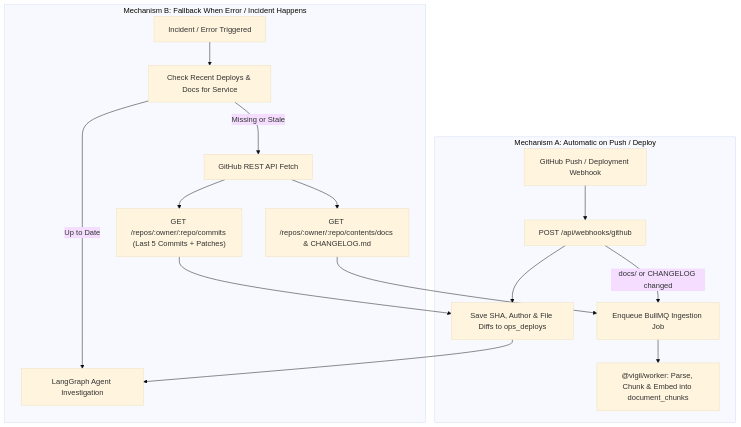
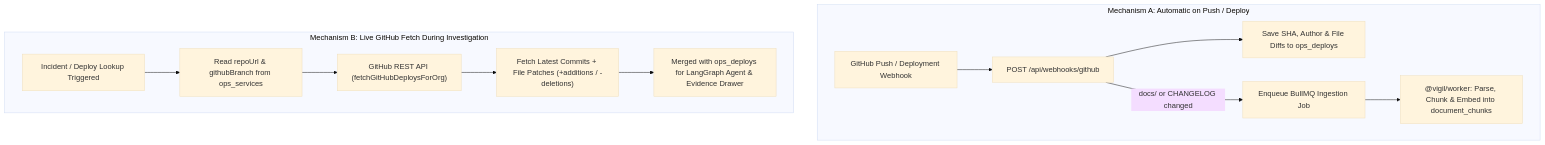
Before and after one commit to imramkrishna/Vigil: the diagram in features/github-commit-and-doc-ingestion.md, drawn with Mermaid (base theme). The commit also changed other lines of this file and 2 other files, not shown here.

Commit message:
Refactor README and feature specification for Vigil: Update project overview, key components, and ingestion mechanisms for GitHub commits and documentation.

````diff
--- a/features/github-commit-and-doc-ingestion.md
+++ b/features/github-commit-and-doc-ingestion.md
@@ -47,20 +37,16 @@
 ```mermaid
 flowchart TD
   subgraph Proactive["Mechanism A: Automatic on Push / Deploy"]
     GH["GitHub Push / Deployment Webhook"] --> WH["POST /api/webhooks/github"]
     WH --> SaveDeploy["Save SHA, Author & File Diffs to ops_deploys"]
     WH -- "docs/ or CHANGELOG changed" --> Queue["Enqueue BullMQ Ingestion Job"]
     Queue --> Worker["@vigil/worker: Parse, Chunk & Embed into document_chunks"]
   end
 
-  subgraph Reactive["Mechanism B: Fallback When Error / Incident Happens"]
-    Alert["Incident / Error Triggered"] --> Check["Check Recent Deploys & Docs for Service"]
-    Check -- "Missing or Stale" --> GHAPI["GitHub REST API Fetch"]
-    GHAPI --> Commits["GET /repos/:owner/:repo/commits (Last 5 Commits + Patches)"]
-    GHAPI --> Docs["GET /repos/:owner/:repo/contents/docs & CHANGELOG.md"]
-    Commits --> SaveDeploy
-    Docs --> Queue
-    Check -- "Up to Date" --> Agent["LangGraph Agent Investigation"]
-    SaveDeploy --> Agent
+  subgraph Reactive["Mechanism B: Live GitHub Fetch During Investigation"]
+    Alert["Incident / Deploy Lookup Triggered"] --> Check["Read repoUrl & githubBranch from ops_services"]
+    Check --> GHAPI["GitHub REST API (fetchGitHubDeploysForOrg)"]
+    GHAPI --> Commits["Fetch Latest Commits + File Patches (+additions / -deletions)"]
+    Commits --> Agent["Merged with ops_deploys for LangGraph Agent & Evidence Drawer"]
   end
 ```
````
